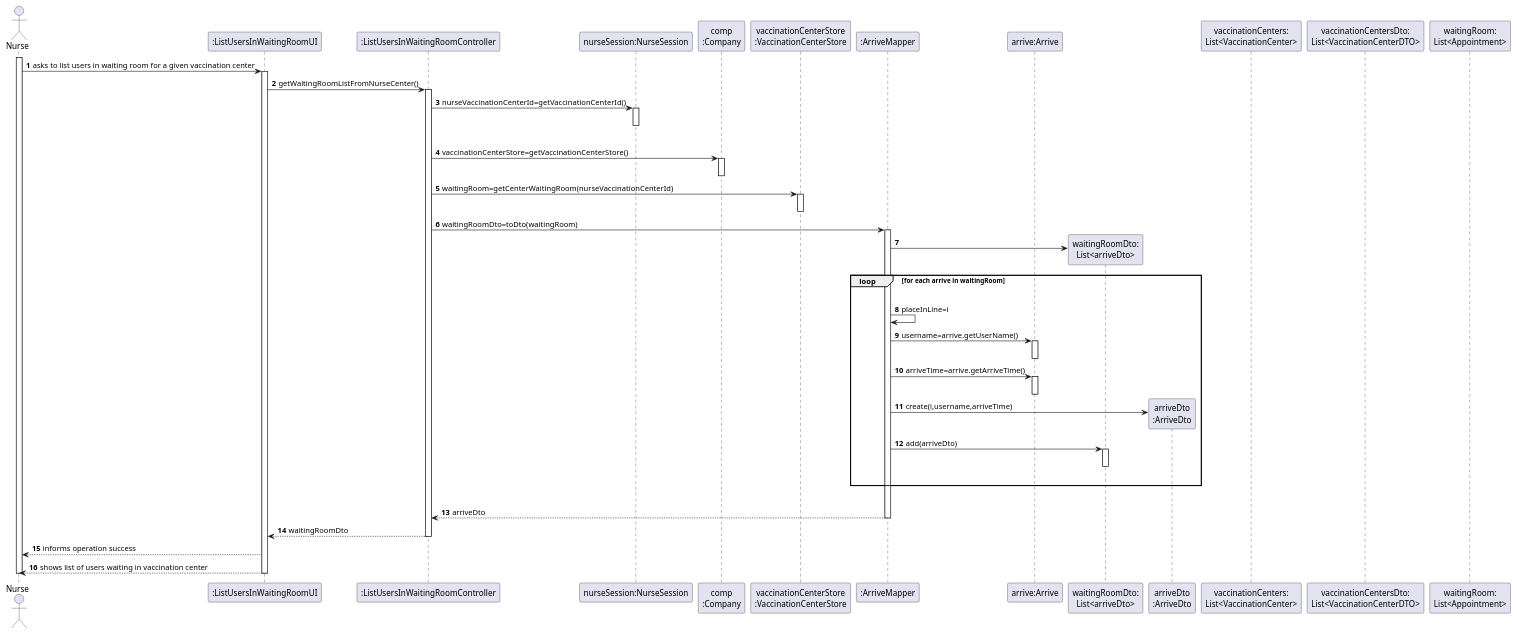
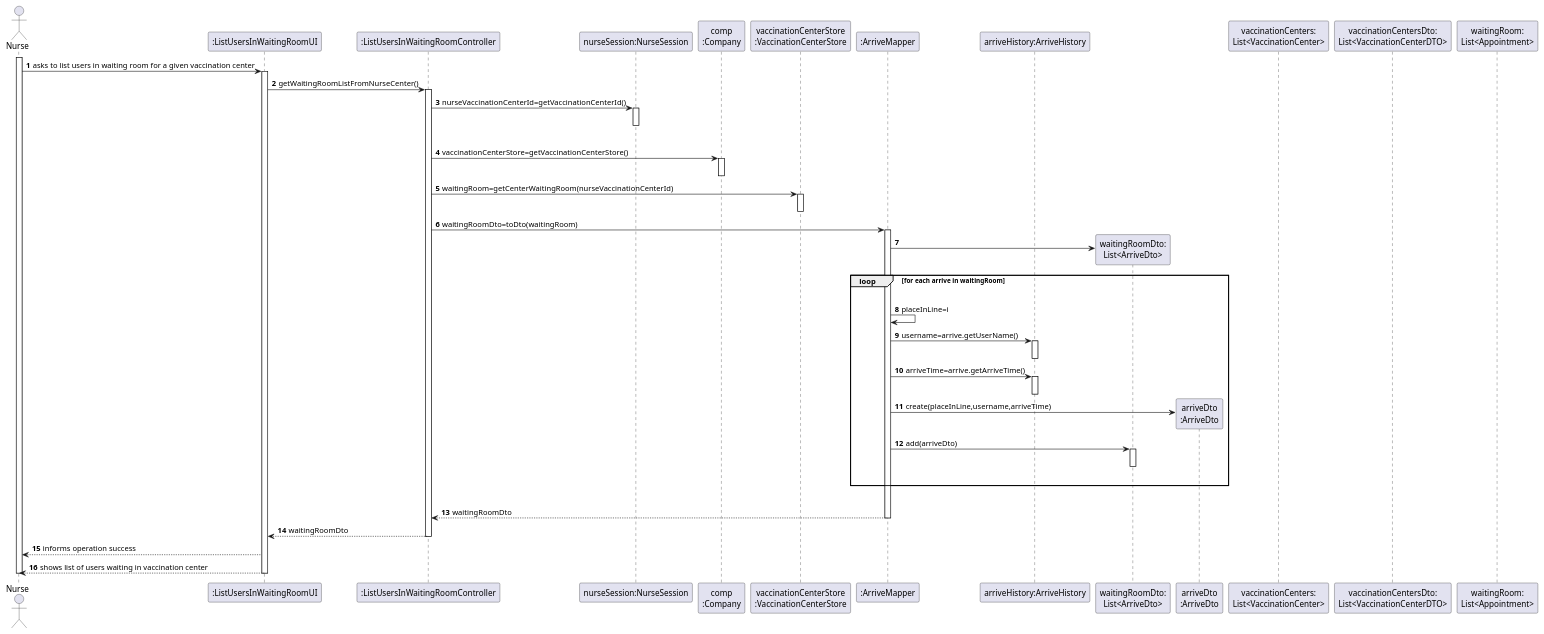
The diagram in docs/SprintC/US05/SD/US05_SD.puml (miseEnPlace-i/lapr2), drawn with PlantUML before and after one commit. The commit also changed 1 other file, not shown here.

```diff
--- a/docs/SprintC/US05/SD/US05_SD.puml
+++ b/docs/SprintC/US05/SD/US05_SD.puml
@@ -1,80 +1,81 @@
 @startuml
 autonumber
 'hide footbox
 actor "Nurse" as NURSE
 
 participant ":ListUsersInWaitingRoomUI" as UI
 participant ":ListUsersInWaitingRoomController" as CTRL
 participant "nurseSession:NurseSession" as FAC
 participant "comp\n:Company" as COMP
 participant "vaccinationCenterStore\n:VaccinationCenterStore" as VACS
 participant ":ArriveMapper" as ARRM
+participant "arriveHistory:ArriveHistory" as ARR
 participant "arrive:Arrive" as ARR
 
 activate NURSE
 NURSE -> UI : asks to list users in waiting room for a given vaccination center
 activate UI
 
 UI -> CTRL : getWaitingRoomListFromNurseCenter()
 activate CTRL
 CTRL -> FAC : nurseVaccinationCenterId=getVaccinationCenterId()
 activate FAC
 deactivate FAC
 |||
 
 CTRL -> COMP : vaccinationCenterStore=getVaccinationCenterStore()
 activate COMP
 deactivate
 
 CTRL -> VACS : waitingRoom=getCenterWaitingRoom(nurseVaccinationCenterId)
 activate VACS
 deactivate VACS
 
 CTRL -> ARRM : waitingRoomDto=toDto(waitingRoom)
 activate ARRM
 
-create "waitingRoomDto:\nList<arriveDto>" as WAITDTO
+create "waitingRoomDto:\nList<ArriveDto>" as WAITDTO
 
 ARRM -> WAITDTO
 
 loop for each arrive in waitingRoom
 |||
   ARRM -> ARRM : placeInLine=i
   ARRM -> ARR : username=arrive.getUserName()
   activate ARR
   deactivate ARR
   ARRM -> ARR : arriveTime=arrive.getArriveTime()
   activate ARR
   deactivate ARR
 
   create "arriveDto\n:ArriveDto" as APODTO
-  ARRM -> APODTO : create(i,username,arriveTime)
+  ARRM -> APODTO : create(placeInLine,username,arriveTime)
 
   ARRM -> WAITDTO : add(arriveDto)
   activate WAITDTO
   deactivate WAITDTO
 |||
 end
 
 |||
-ARRM --> CTRL : arriveDto 
+ARRM --> CTRL : waitingRoomDto 
 
 deactivate ARRM
 
 CTRL --> UI: waitingRoomDto
 
 deactivate COMP
 deactivate CTRL
 UI --> NURSE : informs operation success
 UI --> NURSE: shows list of users waiting in vaccination center
 deactivate UI
 
 deactivate UI
 deactivate CTRL
 deactivate NURSE
 
 participant "vaccinationCenters:\nList<VaccinationCenter>"
 participant "vaccinationCentersDto:\nList<VaccinationCenterDTO>"
 participant "waitingRoom:\nList<Appointment>"
 
 @enduml
```
